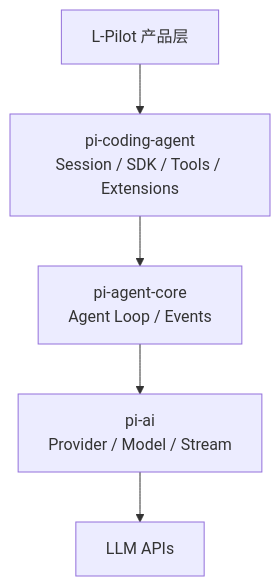
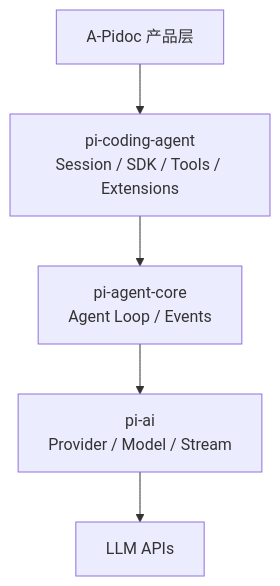
The diagram in docs/abandon/02-pi-kernel-analysis.md (LarryBUPT/A-Pidoc), drawn with Mermaid before and after one commit. The commit also changed other lines of this file and 10 other files, not shown here.

````diff
--- a/docs/abandon/02-pi-kernel-analysis.md
+++ b/docs/abandon/02-pi-kernel-analysis.md
@@ -19,10 +19,10 @@
 ```mermaid
 flowchart TD
-    APP[L-Pilot 产品层]
+    APP[A-Pidoc 产品层]
     CA[pi-coding-agent\nSession / SDK / Tools / Extensions]
     CORE[pi-agent-core\nAgent Loop / Events]
     AI[pi-ai\nProvider / Model / Stream]
     API[LLM APIs]
 
     APP --> CA --> CORE --> AI --> API
 ```
````
